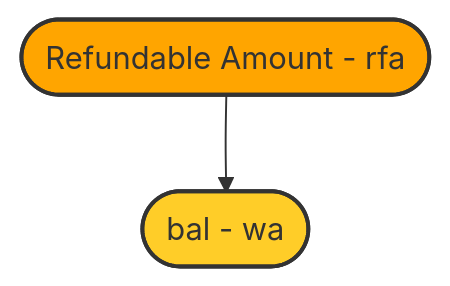
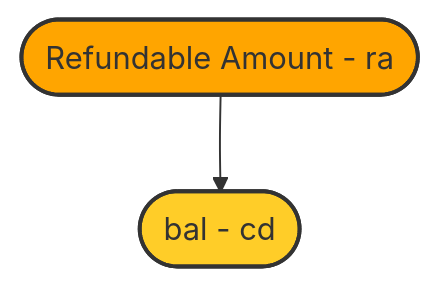
Before and after one commit to sablier-labs/lockup: the seventh of 8 diagrams in diagrams.md, drawn with Mermaid. The commit also changed other lines of this file and 94 other files, not shown here.

````diff
--- a/diagrams.md
+++ b/diagrams.md
@@ -222,10 +222,10 @@
 ```mermaid
     flowchart TD
-    rfa([Refundable Amount - rfa]):::orange0
-    res_rfa([bal - wa]):::orange1
-    rfa --> res_rfa
+    ra([Refundable Amount - ra]):::orange0
+    res_ra([bal - cd]):::orange1
+    ra --> res_ra
 
     classDef orange0 fill:#FFA500,stroke:#333,stroke-width:2px;
     classDef orange1 fill:#FFCD28,stroke:#333,stroke-width:2px;
 
 ```
````
